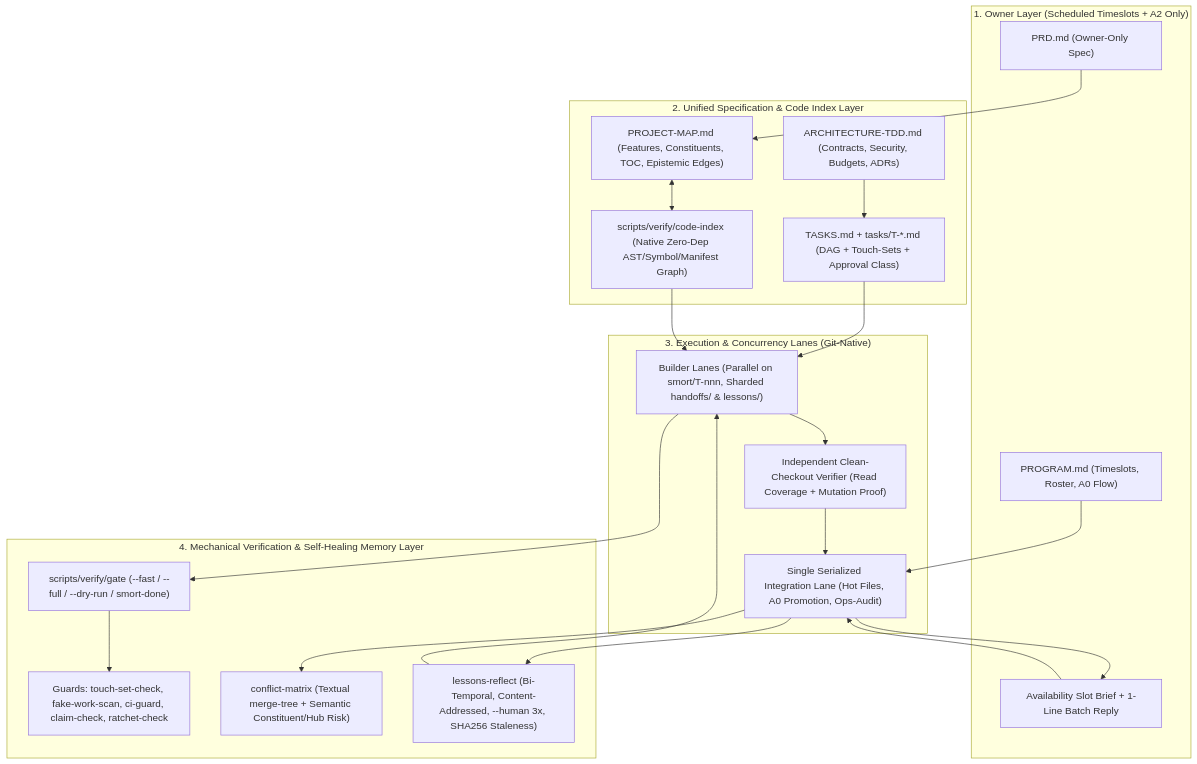
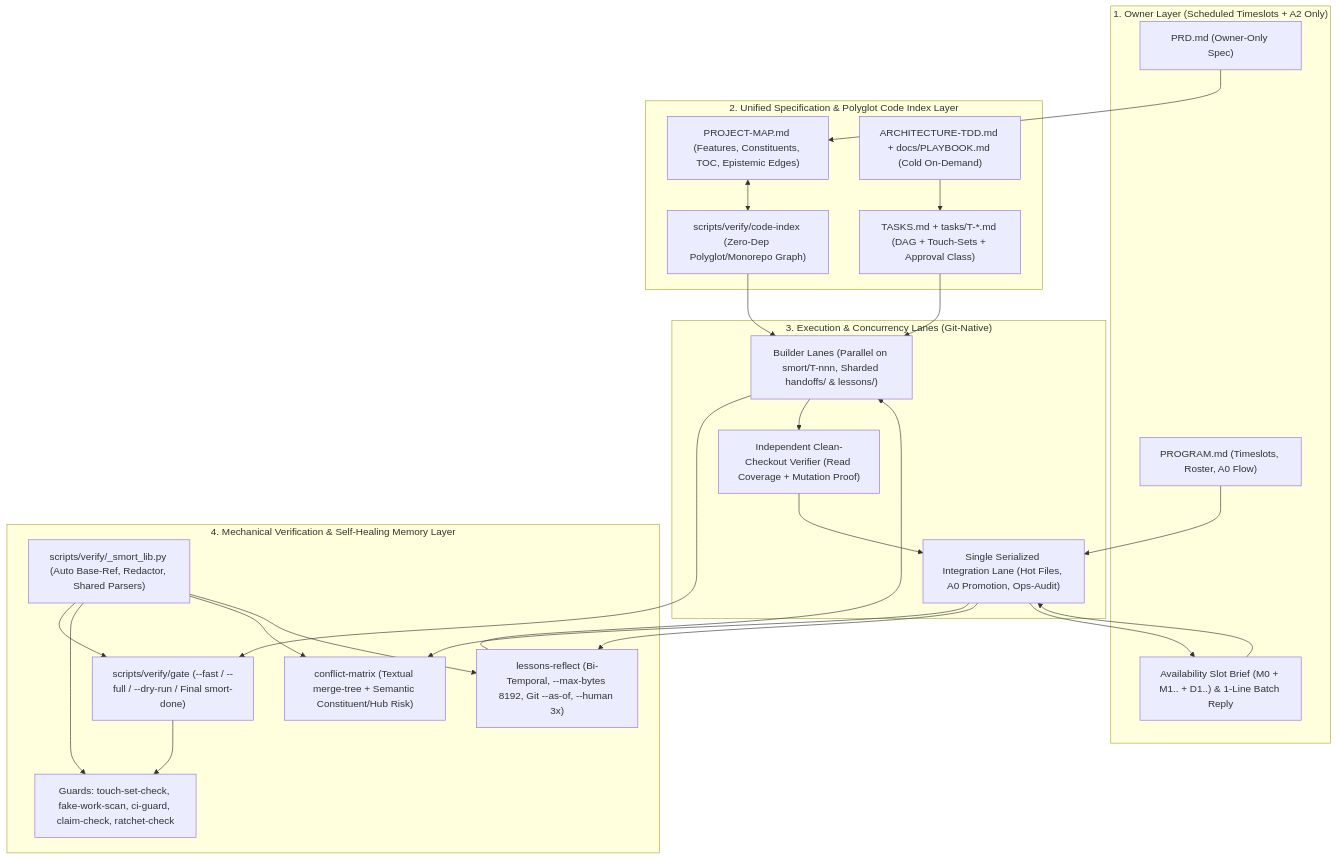
One commit to smolboon/smort changed the first of 3 diagrams in README.md. Above: the diagram before and after it, drawn with Mermaid. The commit also changed other lines of this file and 3 other files, not shown here.

````diff
--- a/README.md
+++ b/README.md
@@ -154,44 +160,49 @@
 ```mermaid
 flowchart TD
     subgraph OWNER["1. Owner Layer (Scheduled Timeslots + A2 Only)"]
         O1["PRD.md (Owner-Only Spec)"]
         O2["PROGRAM.md (Timeslots, Roster, A0 Flow)"]
-        O3["Availability Slot Brief + 1-Line Batch Reply"]
+        O3["Availability Slot Brief (M0 + M1.. + D1..) & 1-Line Batch Reply"]
     end
 
-    subgraph INDEX["2. Unified Specification & Code Index Layer"]
+    subgraph INDEX["2. Unified Specification & Polyglot Code Index Layer"]
         I1["PROJECT-MAP.md (Features, Constituents, TOC, Epistemic Edges)"]
-        I2["ARCHITECTURE-TDD.md (Contracts, Security, Budgets, ADRs)"]
-        I3["scripts/verify/code-index (Native Zero-Dep AST/Symbol/Manifest Graph)"]
+        I2["ARCHITECTURE-TDD.md + docs/PLAYBOOK.md (Cold On-Demand)"]
+        I3["scripts/verify/code-index (Zero-Dep Polyglot/Monorepo Graph)"]
         I4["TASKS.md + tasks/T-*.md (DAG + Touch-Sets + Approval Class)"]
     end
 
     subgraph EXEC["3. Execution & Concurrency Lanes (Git-Native)"]
         E1["Builder Lanes (Parallel on smort/T-nnn, Sharded handoffs/ & lessons/)"]
         E2["Independent Clean-Checkout Verifier (Read Coverage + Mutation Proof)"]
         E3["Single Serialized Integration Lane (Hot Files, A0 Promotion, Ops-Audit)"]
     end
 
     subgraph GATES["4. Mechanical Verification & Self-Healing Memory Layer"]
-        G1["scripts/verify/gate (--fast / --full / --dry-run / smort-done)"]
+        G0["scripts/verify/_smort_lib.py (Auto Base-Ref, Redactor, Shared Parsers)"]
+        G1["scripts/verify/gate (--fast / --full / --dry-run / Final smort-done)"]
         G2["Guards: touch-set-check, fake-work-scan, ci-guard, claim-check, ratchet-check"]
         G3["conflict-matrix (Textual merge-tree + Semantic Constituent/Hub Risk)"]
-        G4["lessons-reflect (Bi-Temporal, Content-Addressed, --human 3x, SHA256 Staleness)"]
+        G4["lessons-reflect (Bi-Temporal, --max-bytes 8192, Git --as-of, --human 3x)"]
     end
 
     O1 --> I1
     O2 --> E3
     I1 <--> I3
     I2 --> I4
     I4 --> E1
     I3 --> E1
+    G0 --> G1
+    G0 --> G2
+    G0 --> G3
+    G0 --> G4
     E1 --> G1
     G1 --> G2
     E1 --> E2
     E2 --> E3
     E3 --> G3
     E3 --> G4
     G4 --> E1
     E3 --> O3
     O3 --> E3
 ```
````
